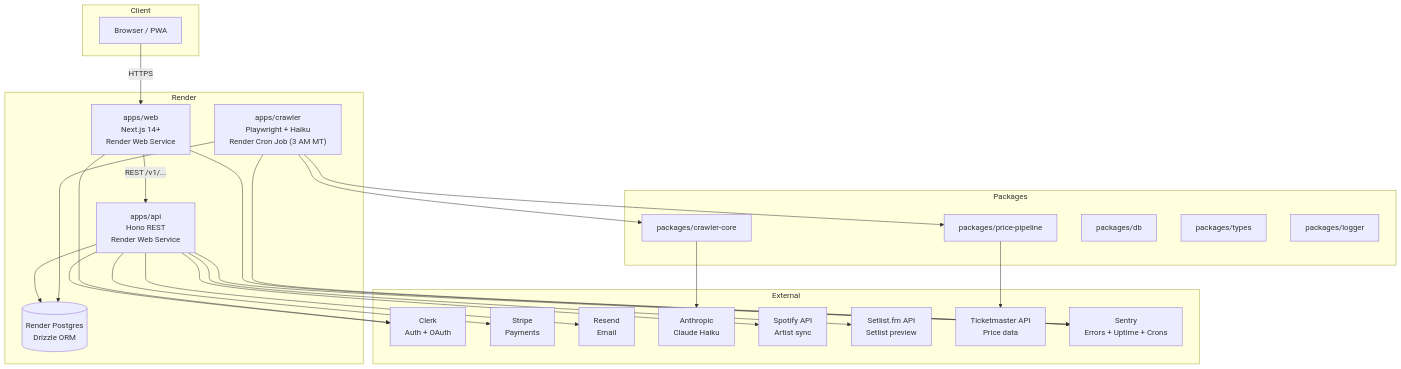
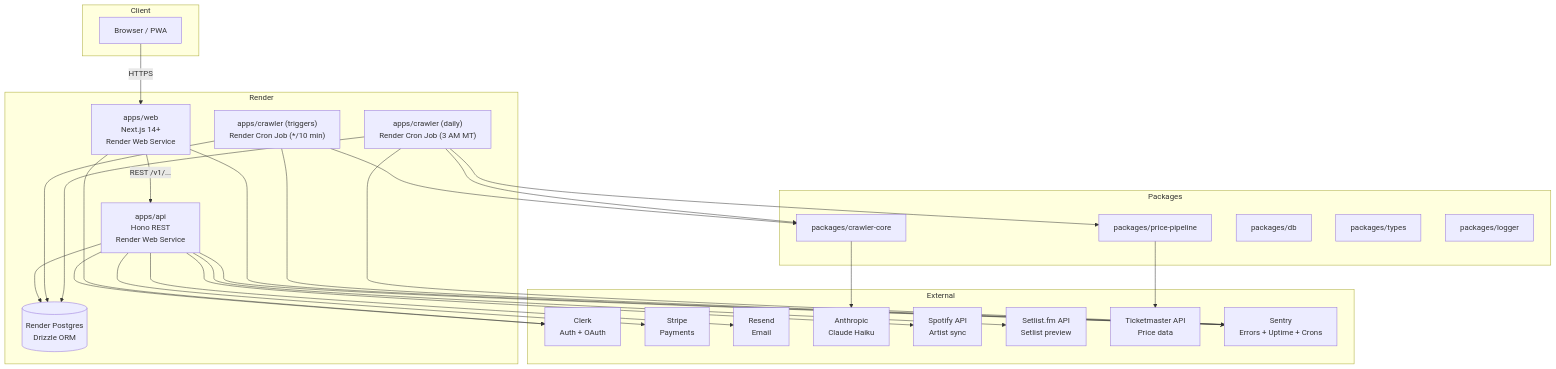
Before and after one commit to featherweight-design/concert-crawl: the diagram in docs/superpowers/specs/2026-05-09-beta-to-launch-design.md, drawn with Mermaid. The commit also changed other lines of this file and 4 other files, not shown here.

````diff
--- a/docs/superpowers/specs/2026-05-09-beta-to-launch-design.md
+++ b/docs/superpowers/specs/2026-05-09-beta-to-launch-design.md
@@ -299,50 +300,54 @@
 ```mermaid
 flowchart TD
     subgraph Client
         Browser["Browser / PWA"]
     end
 
     subgraph Render
         Web["apps/web\nNext.js 14+\nRender Web Service"]
         API["apps/api\nHono REST\nRender Web Service"]
-        Crawler["apps/crawler\nPlaywright + Haiku\nRender Cron Job (3 AM MT)"]
+        CrawlerTriggers["apps/crawler (triggers)\nRender Cron Job (*/10 min)"]
+        CrawlerDaily["apps/crawler (daily)\nRender Cron Job (3 AM MT)"]
         DB[("Render Postgres\nDrizzle ORM")]
     end
 
     subgraph Packages
         CrawlerCore["packages/crawler-core"]
         PricePipeline["packages/price-pipeline"]
         DBPkg["packages/db"]
         Types["packages/types"]
         Logger["packages/logger"]
     end
 
     subgraph External
         Clerk["Clerk\nAuth + OAuth"]
         Stripe["Stripe\nPayments"]
         Resend["Resend\nEmail"]
         Anthropic["Anthropic\nClaude Haiku"]
         Spotify["Spotify API\nArtist sync"]
         SetlistFM["Setlist.fm API\nSetlist preview"]
         TicketmasterAPI["Ticketmaster API\nPrice data"]
         Sentry["Sentry\nErrors + Uptime + Crons"]
     end
 
     Browser -->|HTTPS| Web
     Web -->|REST /v1/...| API
     API --> DB
-    Crawler --> CrawlerCore
-    Crawler --> PricePipeline
-    Crawler --> DB
+    CrawlerTriggers --> CrawlerCore
+    CrawlerTriggers --> DB
+    CrawlerDaily --> CrawlerCore
+    CrawlerDaily --> PricePipeline
+    CrawlerDaily --> DB
     CrawlerCore --> Anthropic
     PricePipeline --> TicketmasterAPI
     API --> Clerk
     Web --> Clerk
     API --> Stripe
     API --> Resend
     API --> Spotify
     API --> SetlistFM
     API --> Sentry
     Web --> Sentry
-    Crawler --> Sentry
+    CrawlerTriggers --> Sentry
+    CrawlerDaily --> Sentry
 ```
````
